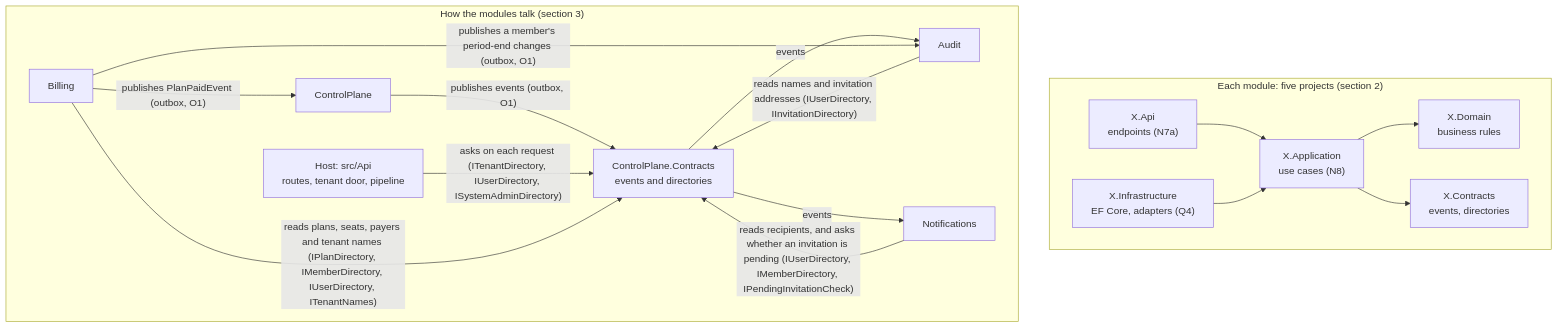
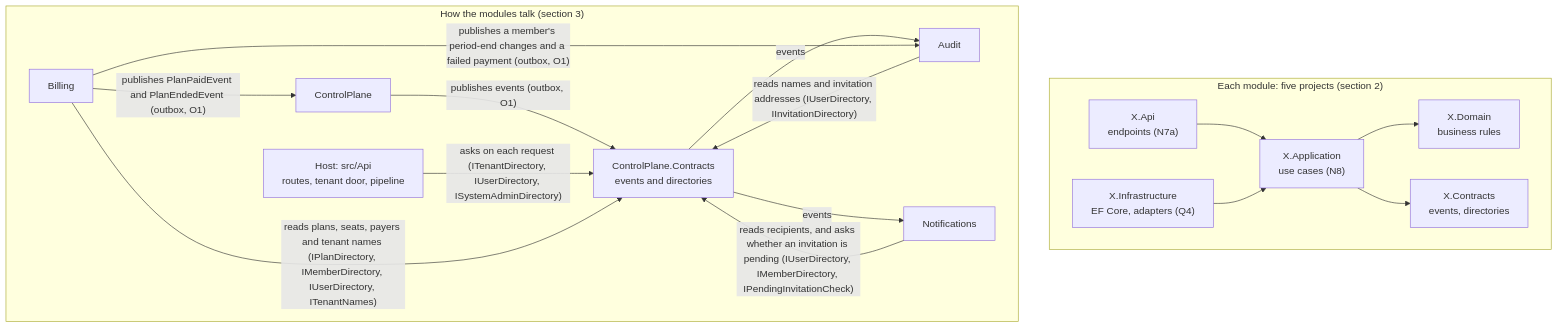
The diagram in apps/api/docs/ARCHITECTURE.md (sufyant/multi-tenant-saas-starter), drawn with Mermaid before and after one commit. The commit also changed other lines of this file and 5 other files, not shown here.

````diff
--- a/apps/api/docs/ARCHITECTURE.md
+++ b/apps/api/docs/ARCHITECTURE.md
@@ -13,28 +13,28 @@
 ```mermaid
 flowchart TB
   subgraph module["Each module: five projects (section 2)"]
     direction LR
     api["X.Api<br/>endpoints (N7a)"] --> app["X.Application<br/>use cases (N8)"]
     app --> domain["X.Domain<br/>business rules"]
     infra["X.Infrastructure<br/>EF Core, adapters (Q4)"] --> app
     app --> contracts["X.Contracts<br/>events, directories"]
   end
   subgraph modules["How the modules talk (section 3)"]
     direction LR
     host["Host: src/Api<br/>routes, tenant door, pipeline"]
     cp["ControlPlane"]
     cpc["ControlPlane.Contracts<br/>events and directories"]
     audit["Audit"]
     notify["Notifications"]
     billing["Billing"]
     cp -- "publishes events (outbox, O1)" --> cpc
     cpc -- "events" --> audit
     cpc -- "events" --> notify
     audit -- "reads names and invitation addresses (IUserDirectory, IInvitationDirectory)" --> cpc
     notify -- "reads recipients, and asks whether an invitation is pending (IUserDirectory, IMemberDirectory, IPendingInvitationCheck)" --> cpc
     host -- "asks on each request (ITenantDirectory, IUserDirectory, ISystemAdminDirectory)" --> cpc
     billing -- "reads plans, seats, payers and tenant names (IPlanDirectory, IMemberDirectory, IUserDirectory, ITenantNames)" --> cpc
-    billing -- "publishes PlanPaidEvent (outbox, O1)" --> cp
-    billing -- "publishes a member's period-end changes (outbox, O1)" --> audit
+    billing -- "publishes PlanPaidEvent and PlanEndedEvent (outbox, O1)" --> cp
+    billing -- "publishes a member's period-end changes and a failed payment (outbox, O1)" --> audit
   end
 ```
````
